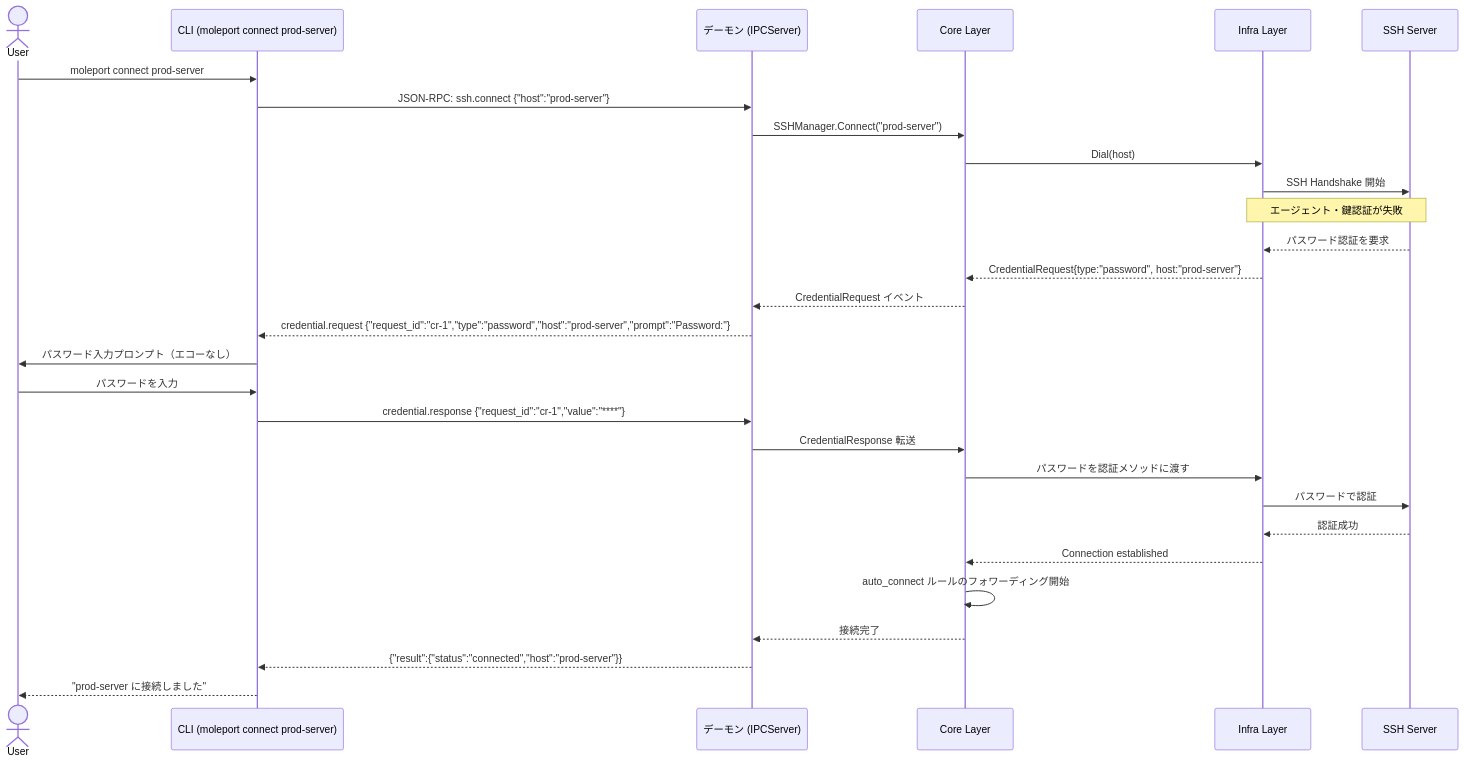
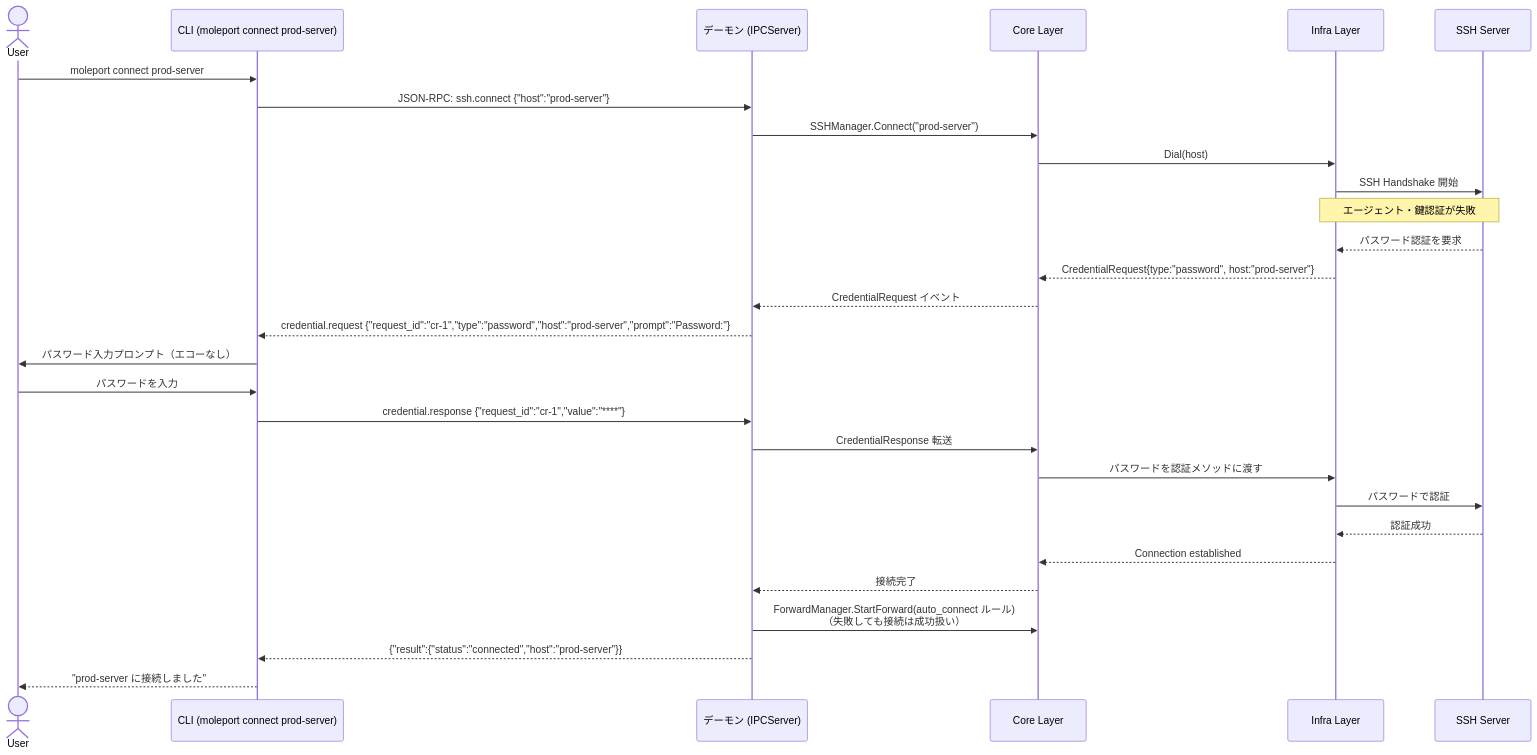
One commit to ousiassllc/MolePort changed diagram 11 of 23 in docs/architecture/overview.md. Above: the diagram before and after it, drawn with Mermaid. The commit also changed other lines of this file and 6 other files, not shown here.

First line of the commit message:
fix: ssh.connect で auto_connect ルールを開始する (#118)

````diff
--- a/docs/architecture/overview.md
+++ b/docs/architecture/overview.md
@@ -723,36 +723,36 @@
 ```mermaid
 sequenceDiagram
     actor User
     participant CLI as CLI (moleport connect prod-server)
     participant Daemon as デーモン (IPCServer)
     participant Core as Core Layer
     participant Infra as Infra Layer
     participant Remote as SSH Server
 
     User->>CLI: moleport connect prod-server
     CLI->>Daemon: JSON-RPC: ssh.connect {"host":"prod-server"}
     Daemon->>Core: SSHManager.Connect("prod-server")
     Core->>Infra: Dial(host)
     Infra->>Remote: SSH Handshake 開始
 
     Note over Infra,Remote: エージェント・鍵認証が失敗
 
     Remote-->>Infra: パスワード認証を要求
     Infra-->>Core: CredentialRequest{type:"password", host:"prod-server"}
     Core-->>Daemon: CredentialRequest イベント
     Daemon-->>CLI: credential.request {"request_id":"cr-1","type":"password","host":"prod-server","prompt":"Password:"}
 
     CLI->>User: パスワード入力プロンプト（エコーなし）
     User->>CLI: パスワードを入力
     CLI->>Daemon: credential.response {"request_id":"cr-1","value":"****"}
     Daemon->>Core: CredentialResponse 転送
     Core->>Infra: パスワードを認証メソッドに渡す
 
     Infra->>Remote: パスワードで認証
     Remote-->>Infra: 認証成功
     Infra-->>Core: Connection established
-    Core->>Core: auto_connect ルールのフォワーディング開始
     Core-->>Daemon: 接続完了
+    Daemon->>Core: ForwardManager.StartForward(auto_connect ルール)<br/>（失敗しても接続は成功扱い）
     Daemon-->>CLI: {"result":{"status":"connected","host":"prod-server"}}
     CLI-->>User: "prod-server に接続しました"
 ```
````
